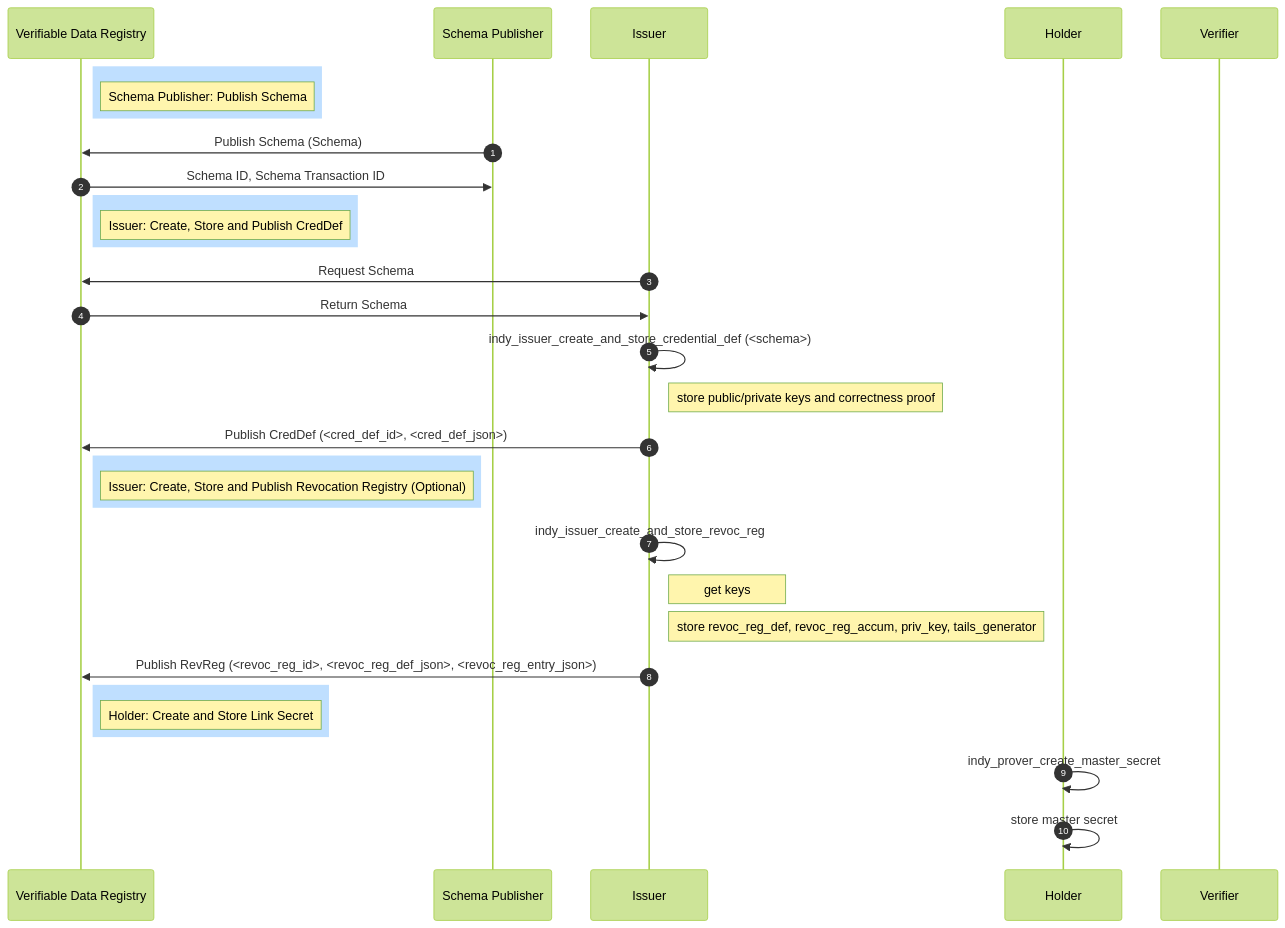
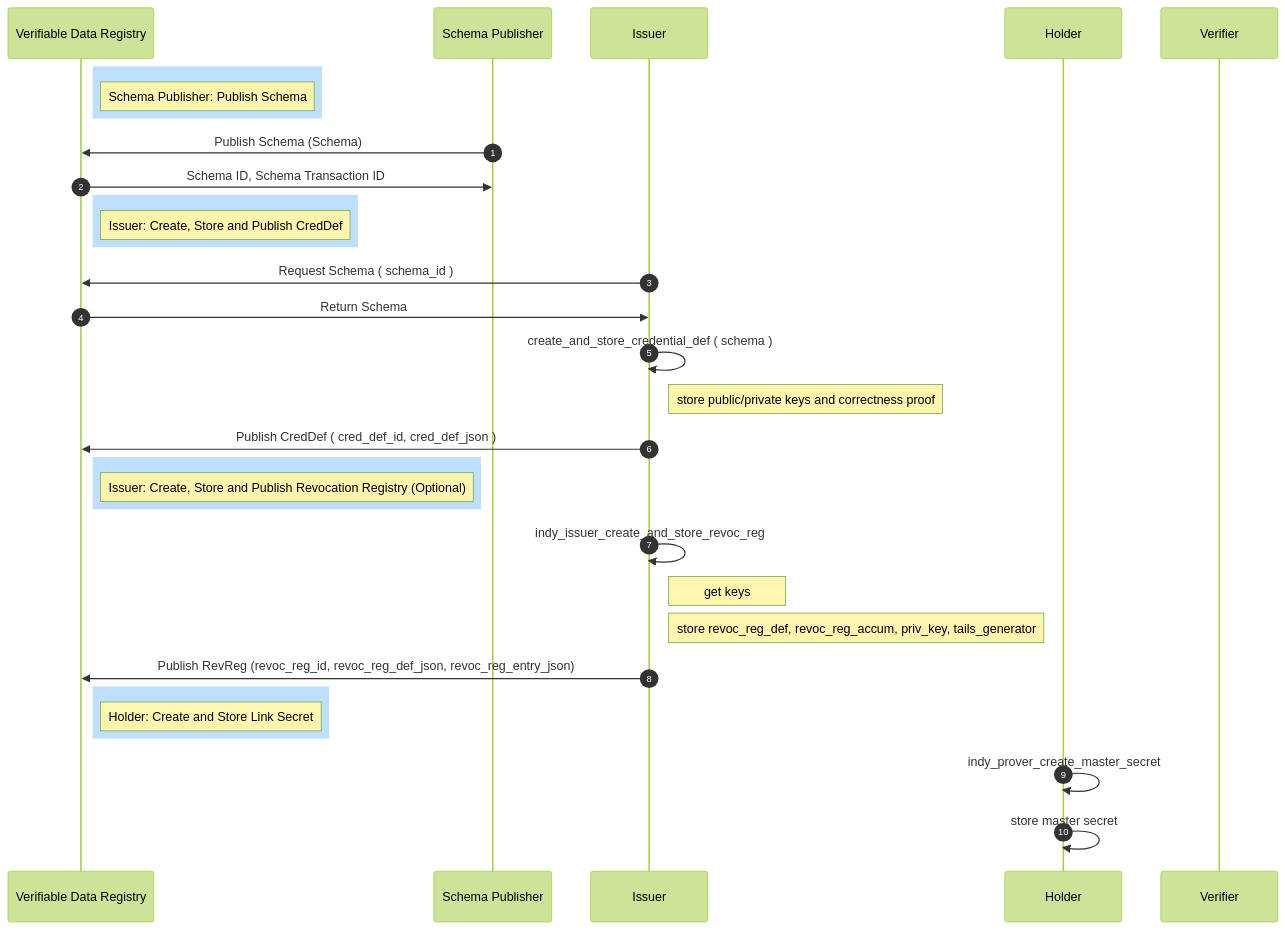
The diagram in spec/data_flow_setup.md (hyperledger/anoncreds-spec), drawn with Mermaid (forest theme) before and after one commit.

Commit message:
Remove angle brackets from mermaid to see if that fixes generation

````diff
--- a/spec/data_flow_setup.md
+++ b/spec/data_flow_setup.md
@@ -17,35 +17,35 @@
 ```mermaid
 sequenceDiagram
     autonumber
     participant L as Verifiable Data Registry
     participant SC as Schema Publisher
     participant I as Issuer
     participant H as Holder
     participant V as Verifier
 
     rect rgb(191, 223, 255)
         Note right of L: Schema Publisher: Publish Schema
     end
     SC ->> L: Publish Schema (Schema)
     L ->> SC: Schema ID, Schema Transaction ID
     rect rgb(191, 223, 255)
         Note right of L: Issuer: Create, Store and Publish CredDef
     end
-    I ->> L: Request Schema
+    I ->> L: Request Schema ( schema_id )
     L ->> I: Return Schema
-    I ->> I: indy_issuer_create_and_store_credential_def (<schema>)
+    I ->> I: create_and_store_credential_def ( schema )
     Note right of I: store public/private keys and correctness proof
-    I ->> L: Publish CredDef (<cred_def_id>, <cred_def_json>)
+    I ->> L: Publish CredDef ( cred_def_id,  cred_def_json )
     rect rgb(191, 223, 255)
         Note right of L: Issuer: Create, Store and Publish Revocation Registry (Optional)
     end
     I ->> I: indy_issuer_create_and_store_revoc_reg
     Note right of I: get keys
     Note right of I: store revoc_reg_def, revoc_reg_accum, priv_key, tails_generator
-    I ->> L: Publish RevReg (<revoc_reg_id>, <revoc_reg_def_json>, <revoc_reg_entry_json>)
+    I ->> L: Publish RevReg (revoc_reg_id, revoc_reg_def_json, revoc_reg_entry_json)
     rect rgb(191, 223, 255)
         Note right of L: Holder: Create and Store Link Secret
     end
     H ->> H: indy_prover_create_master_secret
     H ->> H: store master secret
 ```
````
